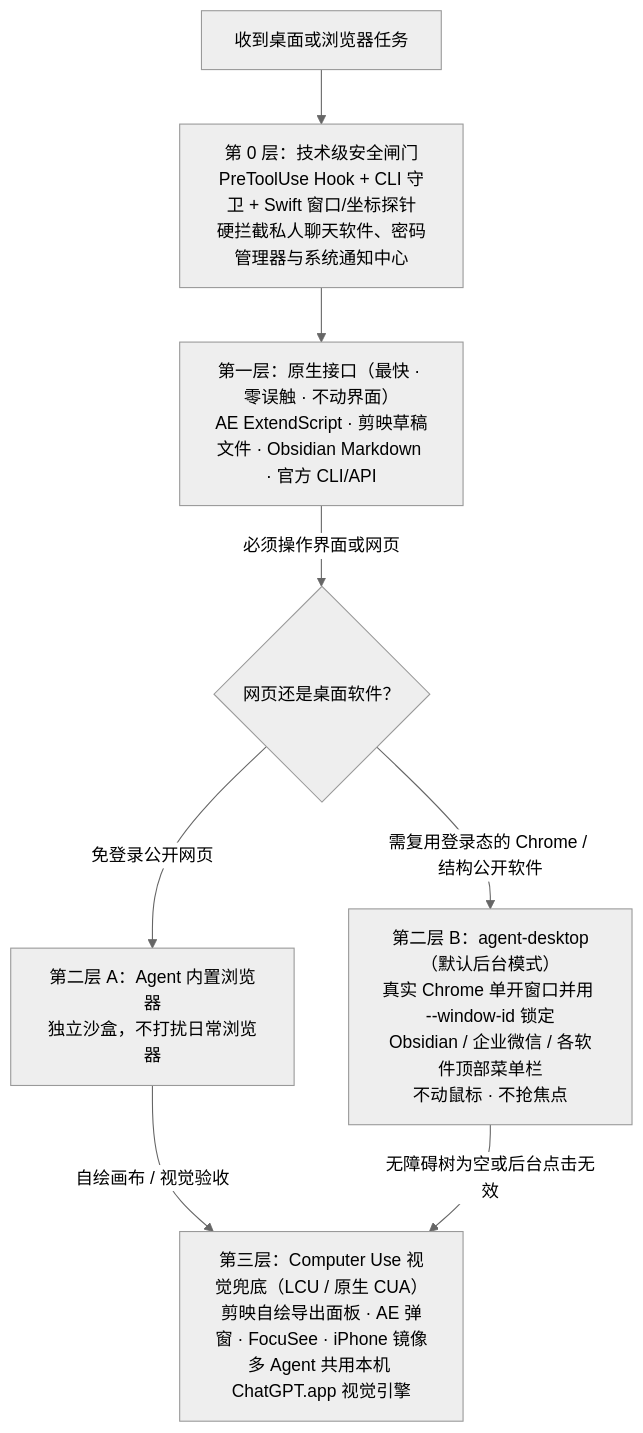
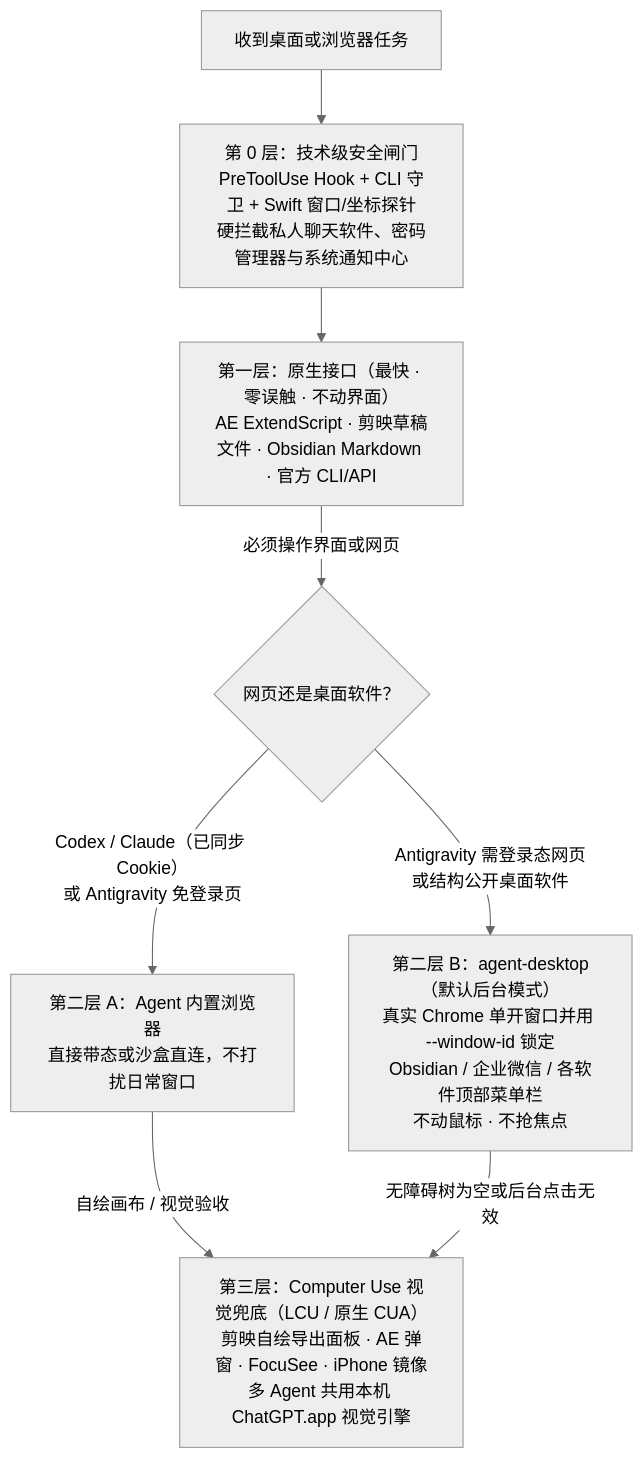
The diagram in README.zh-CN.md (mcncarl/agent-desktop-router), drawn with Mermaid (neutral theme) before and after one commit. The commit also changed other lines of this file and 4 other files, not shown here.

Commit message:
docs: refine per-host browser cookie routing for Codex, Claude Code, and Antigravity

````diff
--- a/README.zh-CN.md
+++ b/README.zh-CN.md
@@ -51,10 +51,10 @@
 ```mermaid
 flowchart TD
     Task["收到桌面或浏览器任务"] --> Gate["第 0 层：技术级安全闸门<br/>PreToolUse Hook + CLI 守卫 + Swift 窗口/坐标探针<br/>硬拦截私人聊天软件、密码管理器与系统通知中心"]
     Gate --> T1["第一层：原生接口（最快 · 零误触 · 不动界面）<br/>AE ExtendScript · 剪映草稿文件 · Obsidian Markdown · 官方 CLI/API"]
     T1 -- "必须操作界面或网页" --> WebCheck{"网页还是桌面软件？"}
-    WebCheck -- "免登录公开网页" --> T2A["第二层 A：Agent 内置浏览器<br/>独立沙盒，不打扰日常浏览器"]
-    WebCheck -- "需复用登录态的 Chrome / 结构公开软件" --> T2B["第二层 B：agent-desktop（默认后台模式）<br/>真实 Chrome 单开窗口并用 --window-id 锁定<br/>Obsidian / 企业微信 / 各软件顶部菜单栏<br/>不动鼠标 · 不抢焦点"]
+    WebCheck -- "Codex / Claude（已同步 Cookie）<br/>或 Antigravity 免登录页" --> T2A["第二层 A：Agent 内置浏览器<br/>直接带态或沙盒直连，不打扰日常窗口"]
+    WebCheck -- "Antigravity 需登录态网页<br/>或结构公开桌面软件" --> T2B["第二层 B：agent-desktop（默认后台模式）<br/>真实 Chrome 单开窗口并用 --window-id 锁定<br/>Obsidian / 企业微信 / 各软件顶部菜单栏<br/>不动鼠标 · 不抢焦点"]
     T2A -- "自绘画布 / 视觉验收" --> T3["第三层：Computer Use 视觉兜底（LCU / 原生 CUA）<br/>剪映自绘导出面板 · AE 弹窗 · FocuSee · iPhone 镜像<br/>多 Agent 共用本机 ChatGPT.app 视觉引擎"]
     T2B -- "无障碍树为空或后台点击无效" --> T3
 ```
````
